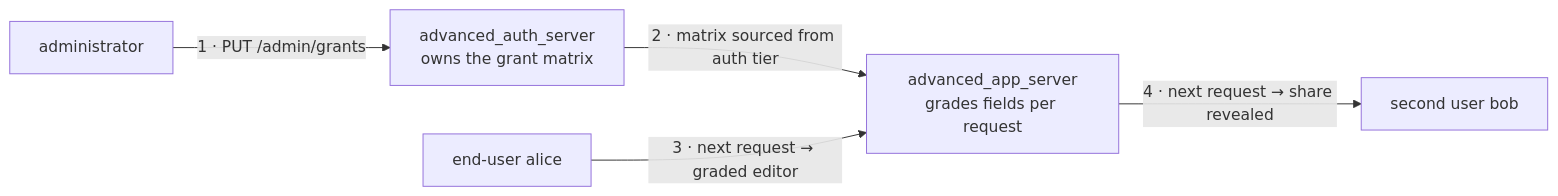
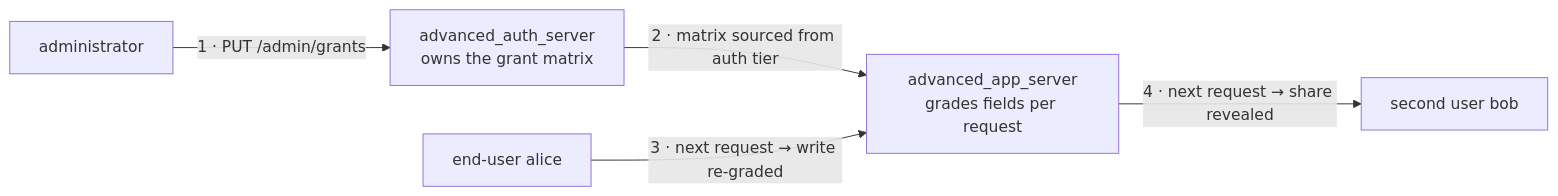
Before and after one commit to al-the-bear/tom_core: the third of 7 diagrams in tom_core_samples/README_advanced_01_architecture.md, drawn with Mermaid. The commit also changed other lines of this file and 2 other files, not shown here.

````diff
--- a/tom_core_samples/README_advanced_01_architecture.md
+++ b/tom_core_samples/README_advanced_01_architecture.md
@@ -181,7 +185,7 @@
 ```mermaid
 graph LR
   admin[administrator] -- "1 · PUT /admin/grants" --> auth[advanced_auth_server<br/>owns the grant matrix]
   auth -- "2 · matrix sourced from auth tier" --> app[advanced_app_server<br/>grades fields per request]
-  alice[end-user alice] -- "3 · next request → graded editor" --> app
+  alice[end-user alice] -- "3 · next request → write re-graded" --> app
   app -- "4 · next request → share revealed" --> bob[second user bob]
 ```
````
